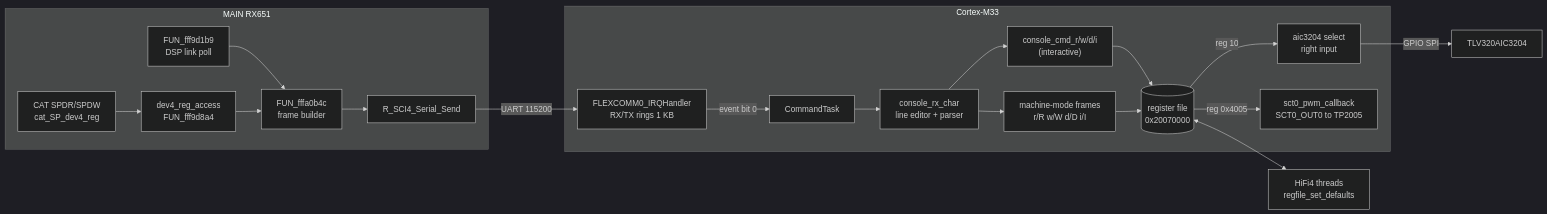
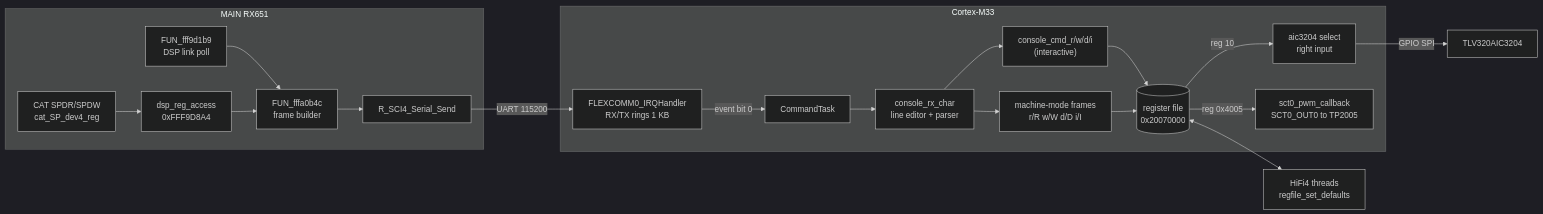
One commit to Reid-n0rc/FT-710_Firmware changed the first of 3 diagrams in docs/code/ifdsp/control-link.md. Above: the diagram before and after it, drawn with Mermaid (dark theme). The commit also changed other lines of this file and 3 other files, not shown here.

First line of the commit message:
T19h: DSP boot reads reg 1 once (a3); dsp_reg_access naming (f3); 113 registers, 98 used (f4); reg 6 mapping linked (f5)

````diff
--- a/docs/code/ifdsp/control-link.md
+++ b/docs/code/ifdsp/control-link.md
@@ -17,22 +17,22 @@
 ```mermaid
 flowchart LR
   subgraph MAIN["MAIN RX651"]
     POLL["FUN_fff9d1b9<br/>DSP link poll"] --> FB["FUN_fffa0b4c<br/>frame builder"]
-    SPD["CAT SPDR/SPDW<br/>cat_SP_dev4_reg"] --> ACC["dev4_reg_access<br/>FUN_fff9d8a4"]
+    SPD["CAT SPDR/SPDW<br/>cat_SP_dev4_reg"] --> ACC["dsp_reg_access<br/>0xFFF9D8A4"]
     ACC --> FB
     FB --> SCI4["R_SCI4_Serial_Send"]
   end
   SCI4 -- "UART 115200" --> ISR
   subgraph M33["Cortex-M33"]
     ISR["FLEXCOMM0_IRQHandler<br/>RX/TX rings 1 KB"] -- "event bit 0" --> CT["CommandTask"]
     CT --> RX["console_rx_char<br/>line editor + parser"]
     RX --> CMD["console_cmd_r/w/d/i<br/>(interactive)"]
     RX --> MM["machine-mode frames<br/>r/R w/W d/D i/I"]
     CMD --> RF
     MM --> RF[("register file<br/>0x20070000")]
     RF -- "reg 10" --> AIC["aic3204 select<br/>right input"]
     RF -- "reg 0x4005" --> PWM["sct0_pwm_callback<br/>SCT0_OUT0 to TP2005"]
   end
   RF <--> DSP["HiFi4 threads<br/>regfile_set_defaults"]
   AIC -- "GPIO SPI" --> CODEC["TLV320AIC3204"]
 ```
````
